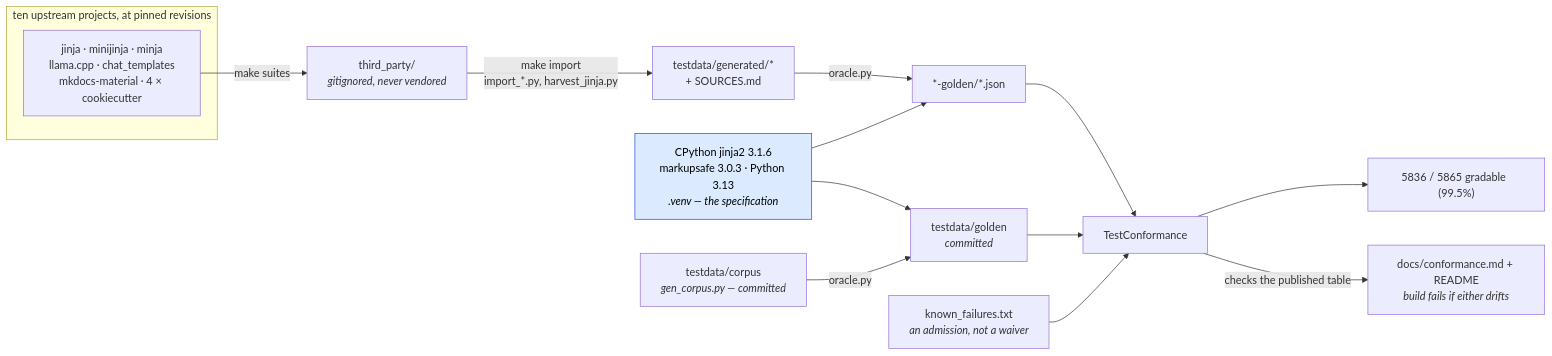
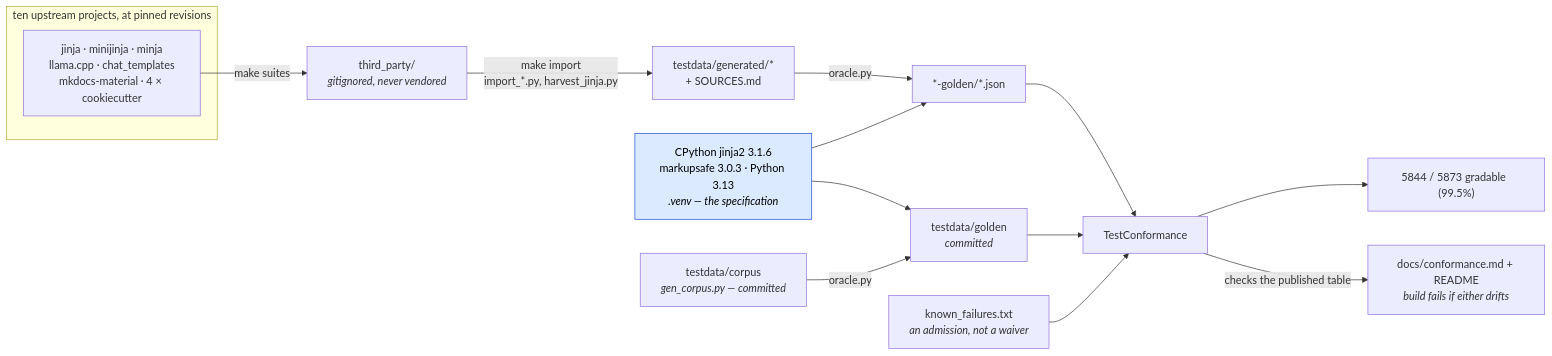
The first of 2 diagrams in docs/conformance.md (mgilbir/gojja2), drawn with Mermaid before and after one commit. The commit also changed other lines of this file and 27 other files, not shown here.

````diff
--- a/docs/conformance.md
+++ b/docs/conformance.md
@@ -17,24 +17,24 @@
 ```mermaid
 flowchart LR
     subgraph up["ten upstream projects, at pinned revisions"]
         U1["jinja · minijinja · minja<br/>llama.cpp · chat_templates<br/>mkdocs-material · 4 × cookiecutter"]
     end
     U1 -->|"make suites"| TP["third_party/<br/><i>gitignored, never vendored</i>"]
     TP -->|"make import<br/>import_*.py, harvest_jinja.py"| GEN["testdata/generated/*<br/>+ SOURCES.md"]
 
     ORA["CPython jinja2 3.1.6<br/>markupsafe 3.0.3 · Python 3.13<br/><i>.venv — the specification</i>"]
     GEN -->|"oracle.py"| G2["*-golden/*.json"]
     ORA --> G2
 
     OWN["testdata/corpus<br/><i>gen_corpus.py — committed</i>"] -->|"oracle.py"| G1["testdata/golden<br/><i>committed</i>"]
     ORA --> G1
 
     G1 --> TC["TestConformance"]
     G2 --> TC
     KF["known_failures.txt<br/><i>an admission, not a waiver</i>"] --> TC
-    TC --> RATE["5836 / 5865 gradable  (99.5%)"]
+    TC --> RATE["5844 / 5873 gradable  (99.5%)"]
     TC -->|"checks the published table"| RM["docs/conformance.md + README<br/><i>build fails if either drifts</i>"]
 
     classDef spec fill:#dbeafe,stroke:#1d4ed8,color:#000
     class ORA spec
 ```
````
